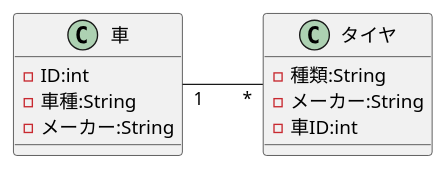
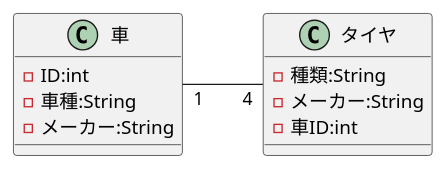
The diagram in 演習3-4_クラス図.pu (Nakmura0121/uml-introduction), drawn with PlantUML before and after one commit.

Commit message:
3-4修正

```diff
--- a/演習3-4_クラス図.pu
+++ b/演習3-4_クラス図.pu
@@ -1,14 +1,14 @@
 @startuml クラス図
 left to right direction
 class 車 {
     - ID:int
     - 車種:String
     - メーカー:String
 }
 class タイヤ {
     - 種類:String
     - メーカー:String
     - 車ID:int
 }
-車 "1" -- "*" タイヤ
+車 "1" -- "4" タイヤ
 @enduml
```
